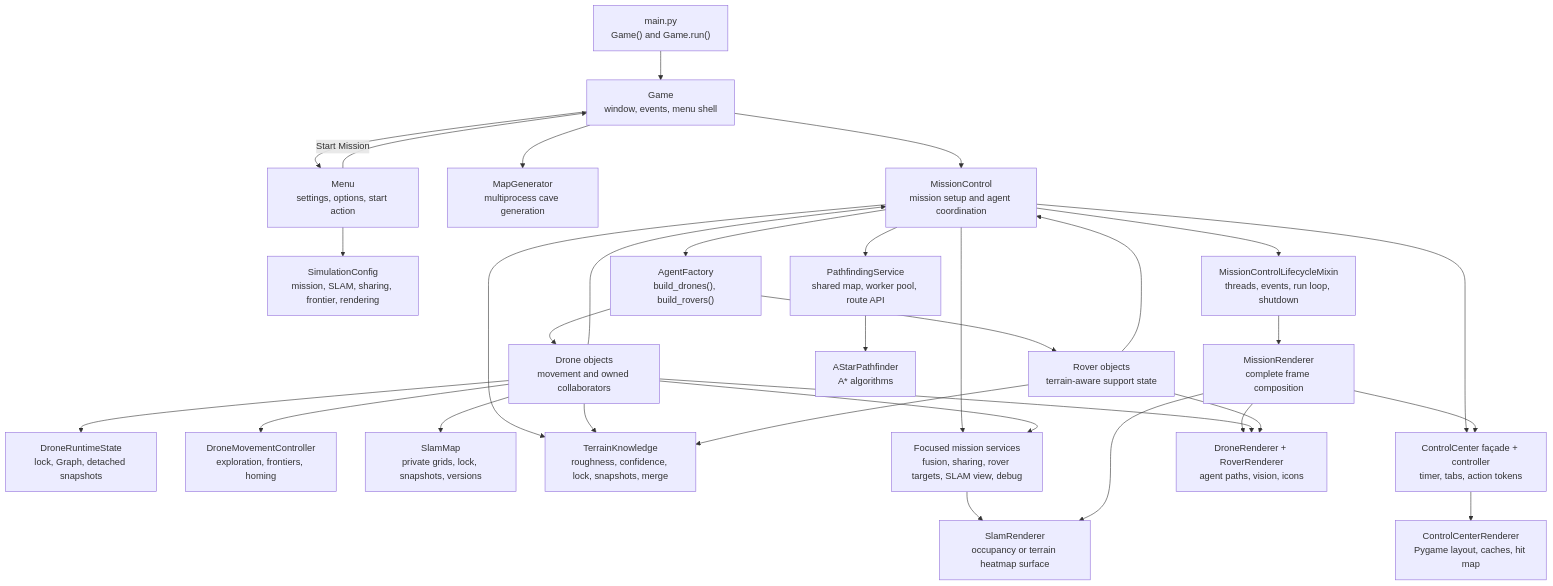
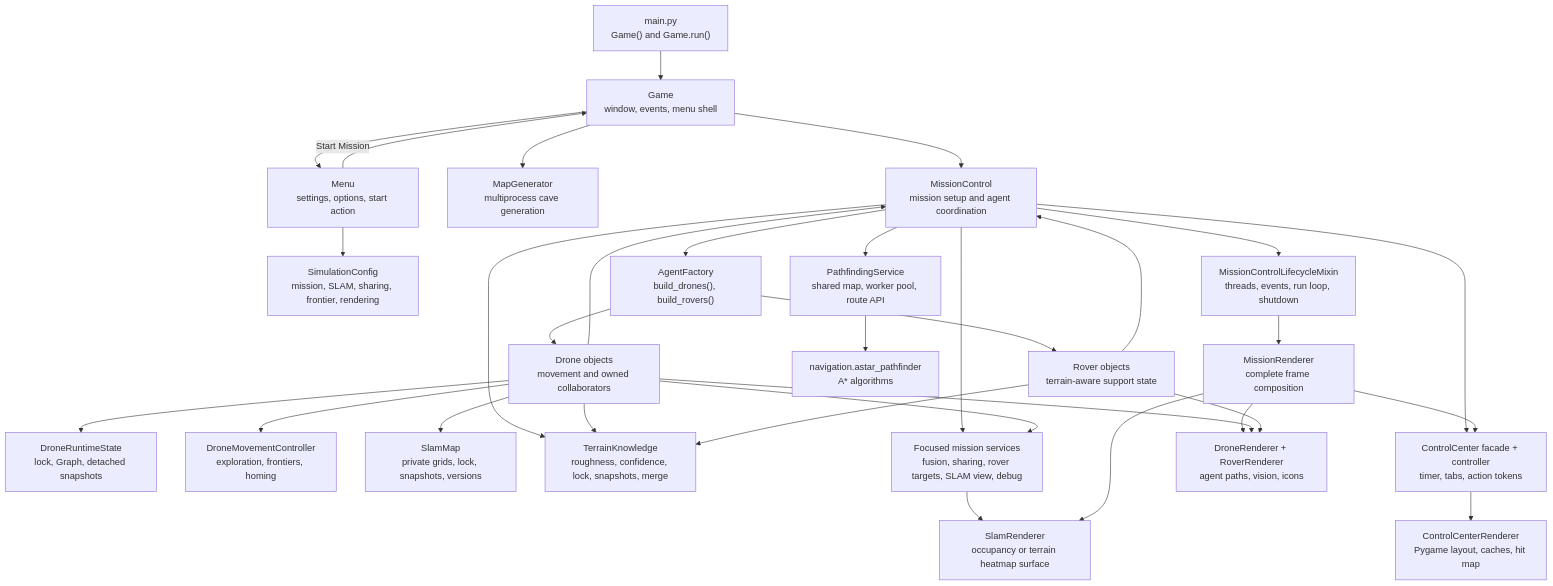
One commit to Gmark117/Cave_Game changed the first of 14 diagrams in CODEFLOW.md. Above: the diagram before and after it, drawn with Mermaid. The commit also changed other lines of this file and 117 other files, not shown here.

````diff
--- a/CODEFLOW.md
+++ b/CODEFLOW.md
@@ -16,57 +16,57 @@
 ```mermaid
 flowchart TD
     Main["main.py<br/>Game() and Game.run()"]
     Game["Game<br/>window, events, menu shell"]
     Menu["Menu<br/>settings, options, start action"]
     Settings["SimulationConfig<br/>mission, SLAM, sharing, frontier, rendering"]
     MapGen["MapGenerator<br/>multiprocess cave generation"]
     Mission["MissionControl<br/>mission setup and agent coordination"]
     Lifecycle["MissionControlLifecycleMixin<br/>threads, events, run loop, shutdown"]
     Factory["AgentFactory<br/>build_drones(), build_rovers()"]
     Drones["Drone objects<br/>movement and owned collaborators"]
     Runtime["DroneRuntimeState<br/>lock, Graph, detached snapshots"]
     Movement["DroneMovementController<br/>exploration, frontiers, homing"]
     Slam["SlamMap<br/>private grids, lock, snapshots, versions"]
     Rovers["Rover objects<br/>terrain-aware support state"]
     Knowledge["TerrainKnowledge<br/>roughness, confidence, lock, snapshots, merge"]
     Navigation["PathfindingService<br/>shared map, worker pool, route API"]
-    Path["AStarPathfinder<br/>A* algorithms"]
+    Path["navigation.astar_pathfinder<br/>A* algorithms"]
     Terrain["Focused mission services<br/>fusion, sharing, rover targets, SLAM view, debug"]
-    UI["ControlCenter façade + controller<br/>timer, tabs, action tokens"]
+    UI["ControlCenter facade + controller<br/>timer, tabs, action tokens"]
     ControlRender["ControlCenterRenderer<br/>Pygame layout, caches, hit map"]
     Render["SlamRenderer<br/>occupancy or terrain heatmap surface"]
     SceneRender["MissionRenderer<br/>complete frame composition"]
     AgentsRender["DroneRenderer + RoverRenderer<br/>agent paths, vision, icons"]
 
     Main --> Game
     Game --> Menu
     Menu --> Settings
     Menu -->|"Start Mission"| Game
     Game --> MapGen
     Game --> Mission
     Mission --> Lifecycle
     Mission --> Factory
     Factory --> Drones
     Drones --> Runtime
     Drones --> Movement
     Drones --> Slam
     Factory --> Rovers
     Mission --> Knowledge
     Drones --> Knowledge
     Rovers --> Knowledge
     Mission --> Navigation
     Navigation --> Path
     Mission --> Terrain
     Mission --> UI
     UI --> ControlRender
     Terrain --> Render
     Lifecycle --> SceneRender
     SceneRender --> Render
     SceneRender --> AgentsRender
     SceneRender --> UI
     Drones --> AgentsRender
     Rovers --> AgentsRender
     Drones --> Mission
     Drones --> Terrain
     Rovers --> Mission
 ```
````
